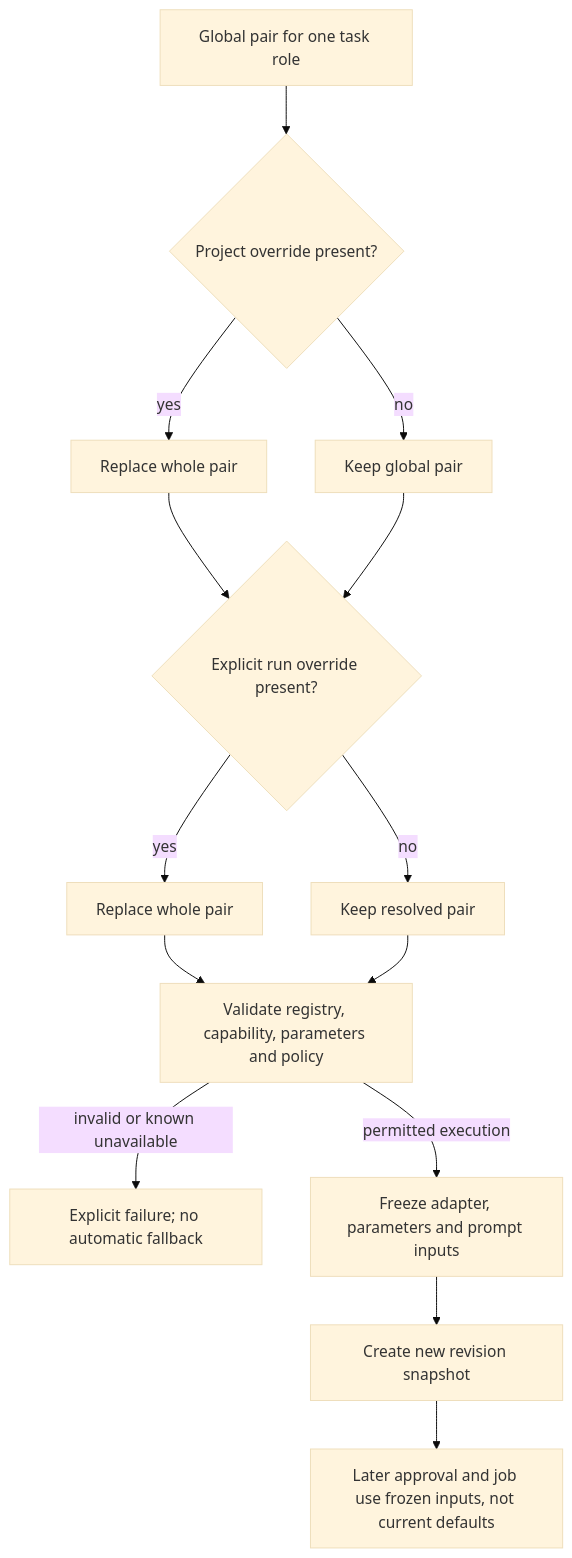
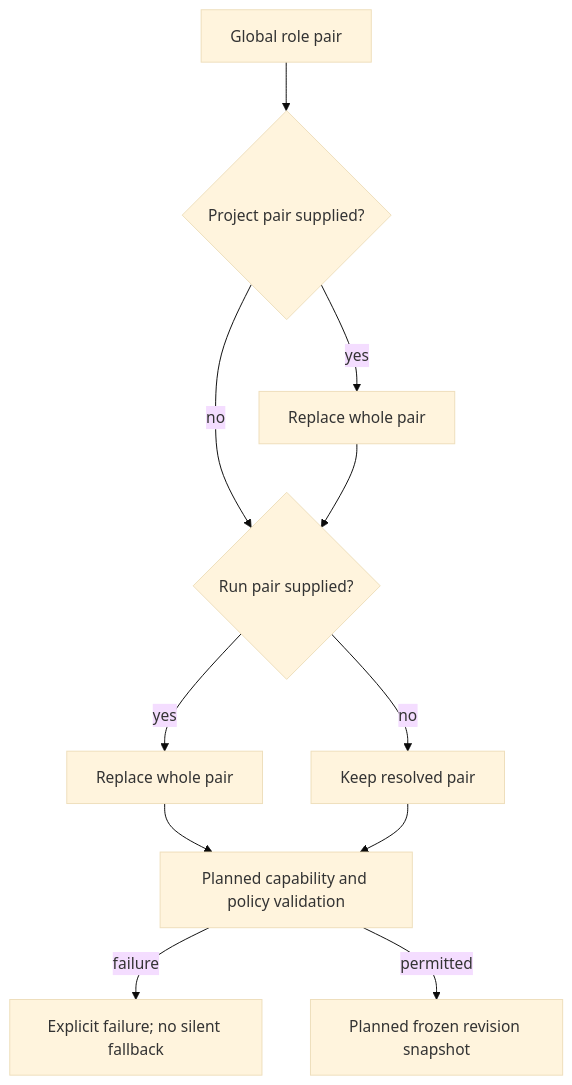
One commit to RahmatHadinata23758051/Scenivox changed the fifth of 6 diagrams in README.md. Above: the diagram before and after it, drawn with Mermaid (base theme). The commit also changed other lines of this file and 14 other files, not shown here.

````diff
--- a/README.md
+++ b/README.md
@@ -137,16 +130,13 @@
 ```mermaid
 flowchart TD
-    Global[Global pair for one task role] --> Project{Project override present?}
-    Project -->|yes| ReplaceProject[Replace whole pair]
-    Project -->|no| KeepGlobal[Keep global pair]
-    ReplaceProject --> Run{Explicit run override present?}
-    KeepGlobal --> Run
-    Run -->|yes| ReplaceRun[Replace whole pair]
-    Run -->|no| KeepPair[Keep resolved pair]
-    ReplaceRun --> Validate[Validate registry, capability, parameters and policy]
-    KeepPair --> Validate
-    Validate -->|invalid or known unavailable| Fail[Explicit failure; no automatic fallback]
-    Validate -->|permitted execution| Freeze[Freeze adapter, parameters and prompt inputs]
-    Freeze --> New[Create new revision snapshot]
-    New --> Approved[Later approval and job use frozen inputs, not current defaults]
+    GLOBAL[Global role pair] --> OVERRIDE{Project pair supplied?}
+    OVERRIDE -->|yes| PROJECT[Replace whole pair]
+    OVERRIDE -->|no| RUN{Run pair supplied?}
+    PROJECT --> RUN
+    RUN -->|yes| EFFECTIVE[Replace whole pair]
+    RUN -->|no| KEEP[Keep resolved pair]
+    EFFECTIVE --> VALIDATE[Planned capability and policy validation]
+    KEEP --> VALIDATE
+    VALIDATE -->|failure| ERROR[Explicit failure; no silent fallback]
+    VALIDATE -->|permitted| SNAP[Planned frozen revision snapshot]
 ```
````
